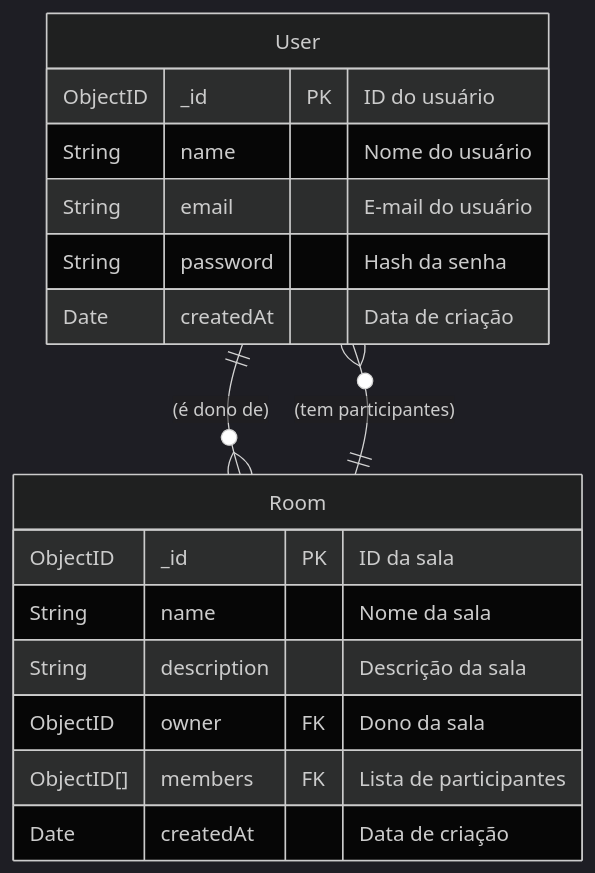
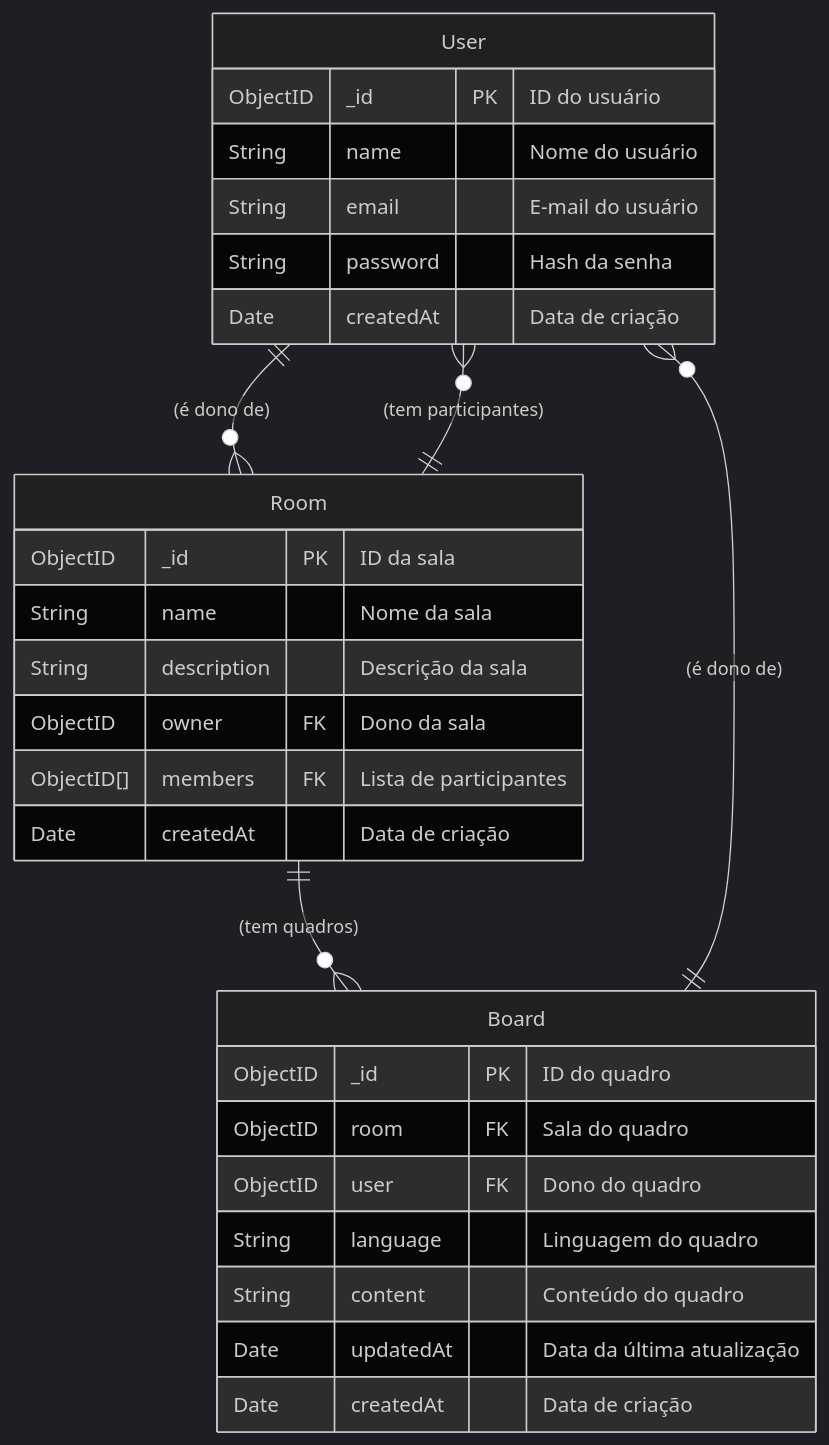
The diagram in diagrams/database-schema.mmd (pitroldev/uerj-tcc), drawn with Mermaid (dark theme) before and after one commit. The commit also changed 1 other file, not shown here.

Commit message:
Refactor database schema and improve codeboard image size
- Adjusted the image size in the database schema section of the codeboard.tex file to improve visibility.
- Added a new field to the "Board" collection in the database schema to establish the relationship between boards, rooms, and users.
- Updated the diagram of the database schema to include the new relationship between rooms and boards.

```diff
--- a/diagrams/database-schema.mmd
+++ b/diagrams/database-schema.mmd
@@ -1,21 +1,33 @@
 erDiagram 
 
     User ||--o{ Room : "(é dono de)"
     Room ||--o{ User : "(tem participantes)"
+    Room ||--o{ Board : "(tem quadros)"
+    Board ||--o{ User : "(é dono de)"
 
     Room {
         ObjectID _id PK "ID da sala"
         String name "Nome da sala"
         String description "Descrição da sala"
         ObjectID owner FK "Dono da sala"
         ObjectID[] members FK "Lista de participantes"
         Date createdAt "Data de criação"
     }
 
     User {
         ObjectID _id PK "ID do usuário"
         String name "Nome do usuário"
         String email "E-mail do usuário"
         String password "Hash da senha"
         Date createdAt "Data de criação"
     }
+
+    Board {
+        ObjectID _id PK "ID do quadro"
+        ObjectID room FK "Sala do quadro"
+        ObjectID user FK "Dono do quadro"
+        String language "Linguagem do quadro"
+        String content "Conteúdo do quadro"
+        Date updatedAt "Data da última atualização"
+        Date createdAt "Data de criação"
+    }
```
